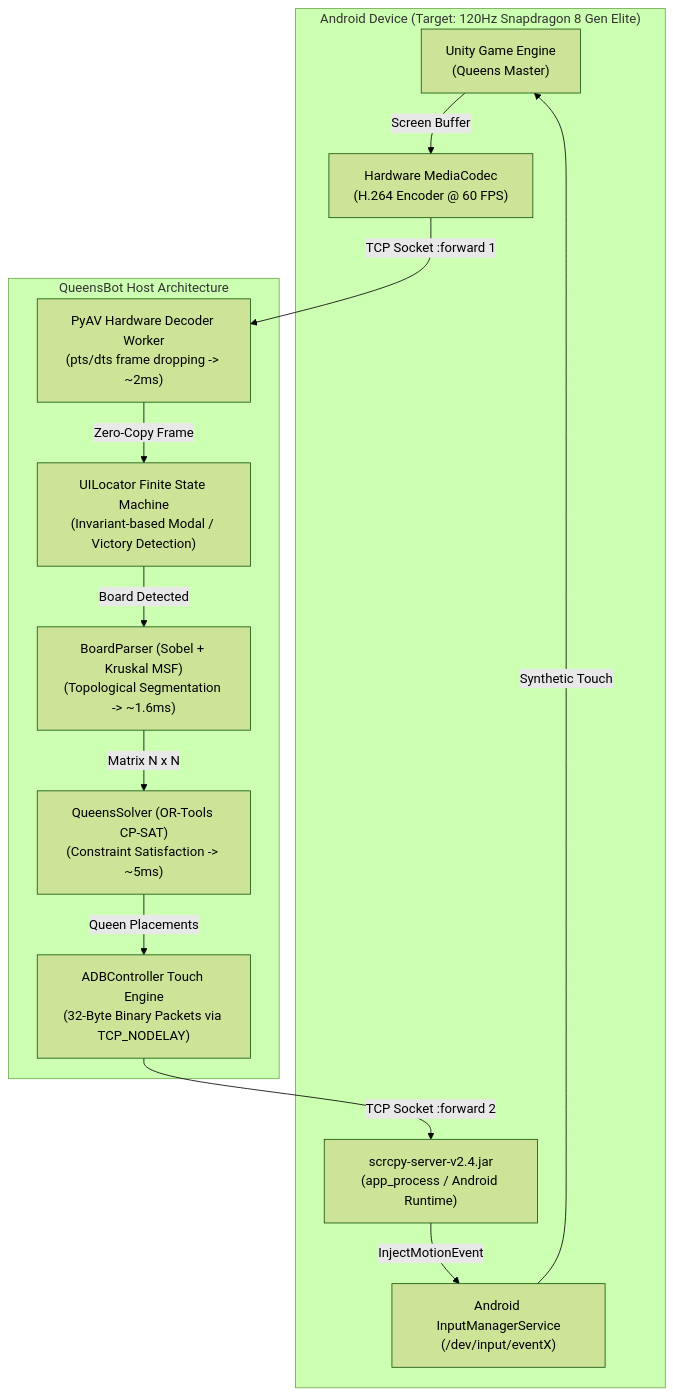
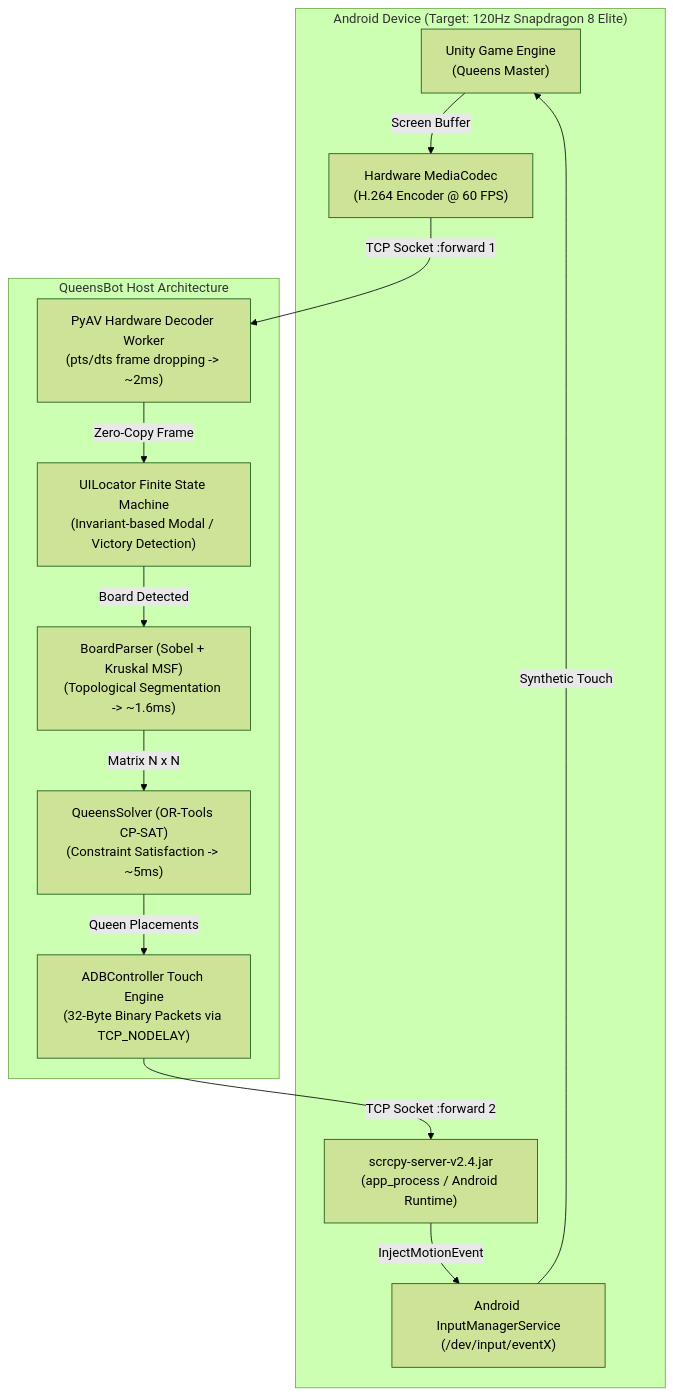
Before and after one commit to Bileneret/QueensBot: the diagram in README.md, drawn with Mermaid (forest theme). The commit also changed other lines of this file and 6 other files, not shown here.

````diff
--- a/README.md
+++ b/README.md
@@ -39,27 +39,27 @@
 ```mermaid
 flowchart TD
-    subgraph Android_Device ["Android Device (Target: 120Hz Snapdragon 8 Gen Elite)"]
+    subgraph Android_Device ["Android Device (Target: 120Hz Snapdragon 8 Elite)"]
         GLES["Unity Game Engine\n(Queens Master)"]
         SRV["scrcpy-server-v2.4.jar\n(app_process / Android Runtime)"]
         IMS["Android InputManagerService\n(/dev/input/eventX)"]
         ENC["Hardware MediaCodec\n(H.264 Encoder @ 60 FPS)"]
     end
 
     subgraph Host_Pipeline ["QueensBot Host Architecture"]
         DEC["PyAV Hardware Decoder Worker\n(pts/dts frame dropping -> ~2ms)"]
         CV["BoardParser (Sobel + Kruskal MSF)\n(Topological Segmentation -> ~1.6ms)"]
         SAT["QueensSolver (OR-Tools CP-SAT)\n(Constraint Satisfaction -> ~5ms)"]
         CTRL["ADBController Touch Engine\n(32-Byte Binary Packets via TCP_NODELAY)"]
         UI["UILocator Finite State Machine\n(Invariant-based Modal / Victory Detection)"]
     end
 
     GLES -->|Screen Buffer| ENC
     ENC -->|TCP Socket :forward 1| DEC
     DEC -->|Zero-Copy Frame| UI
     UI -->|Board Detected| CV
     CV -->|Matrix N x N| SAT
     SAT -->|Queen Placements| CTRL
     CTRL -->|TCP Socket :forward 2| SRV
     SRV -->|InjectMotionEvent| IMS
     IMS -->|Synthetic Touch| GLES
 ```
````
